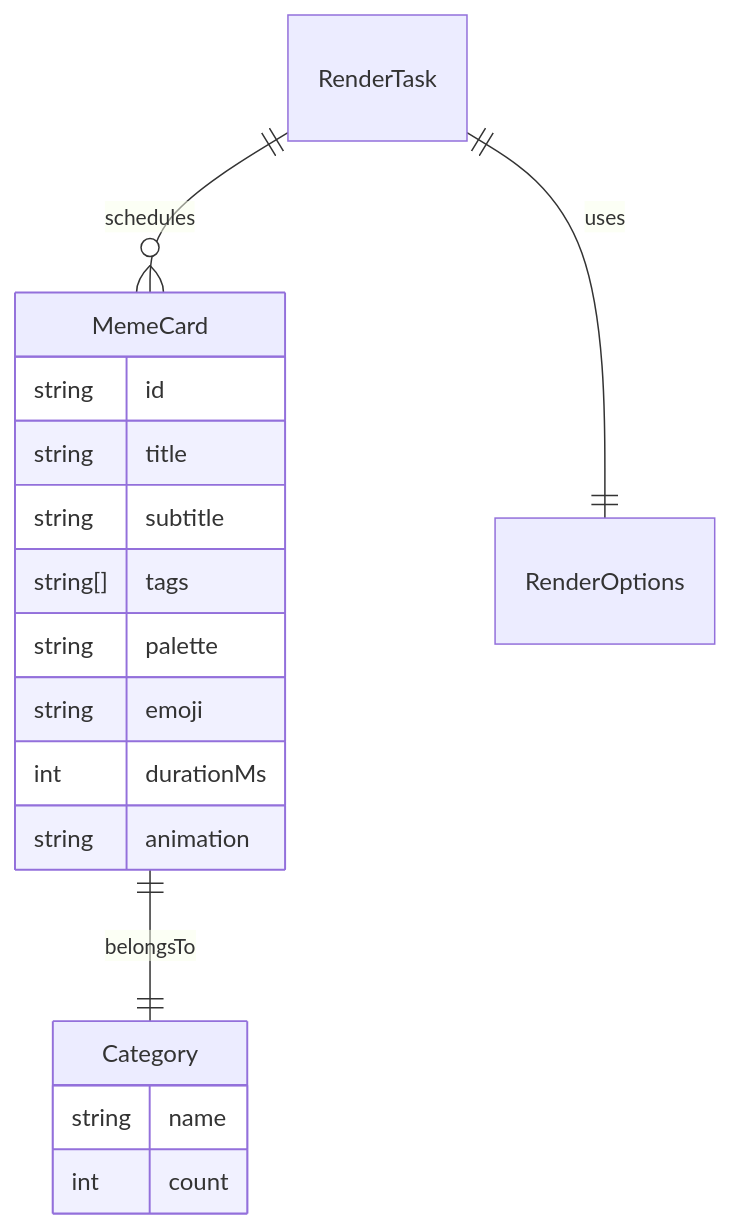
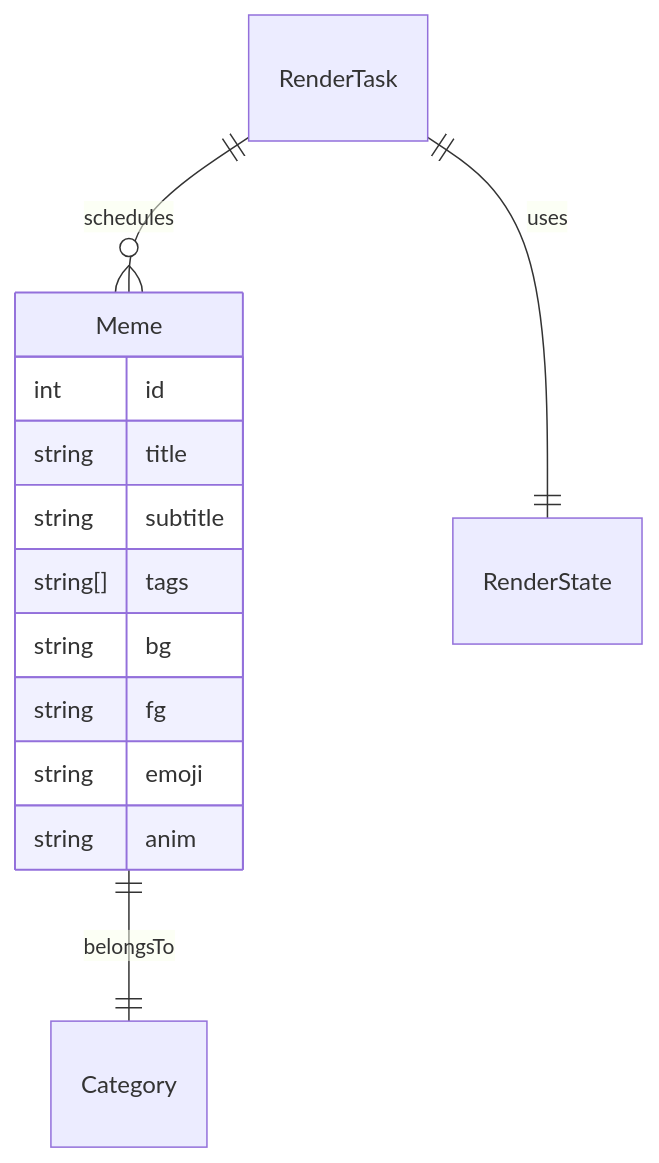
The second of 2 diagrams in .trae/documents/TechnicalArchitecture.md (woshiabc55/AE), drawn with Mermaid before and after one commit. The commit also changed other lines of this file and 29 other files, not shown here.

````diff
--- a/.trae/documents/TechnicalArchitecture.md
+++ b/.trae/documents/TechnicalArchitecture.md
@@ -77,20 +76,16 @@
 ```mermaid
 erDiagram
-    RenderTask ||--o{ MemeCard : schedules
-    RenderTask ||--|| RenderOptions : uses
-    MemeCard ||--|| Category : belongsTo
-    MemeCard {
-        string id
+    RenderTask ||--o{ Meme : schedules
+    RenderTask ||--|| RenderState : uses
+    Meme ||--|| Category : belongsTo
+    Meme {
+        int id
         string title
         string subtitle
         string[] tags
-        string palette
+        string bg
+        string fg
         string emoji
-        int durationMs
-        string animation
-    }
-    Category {
-        string name
-        int count
+        string anim
     }
 ```
````
